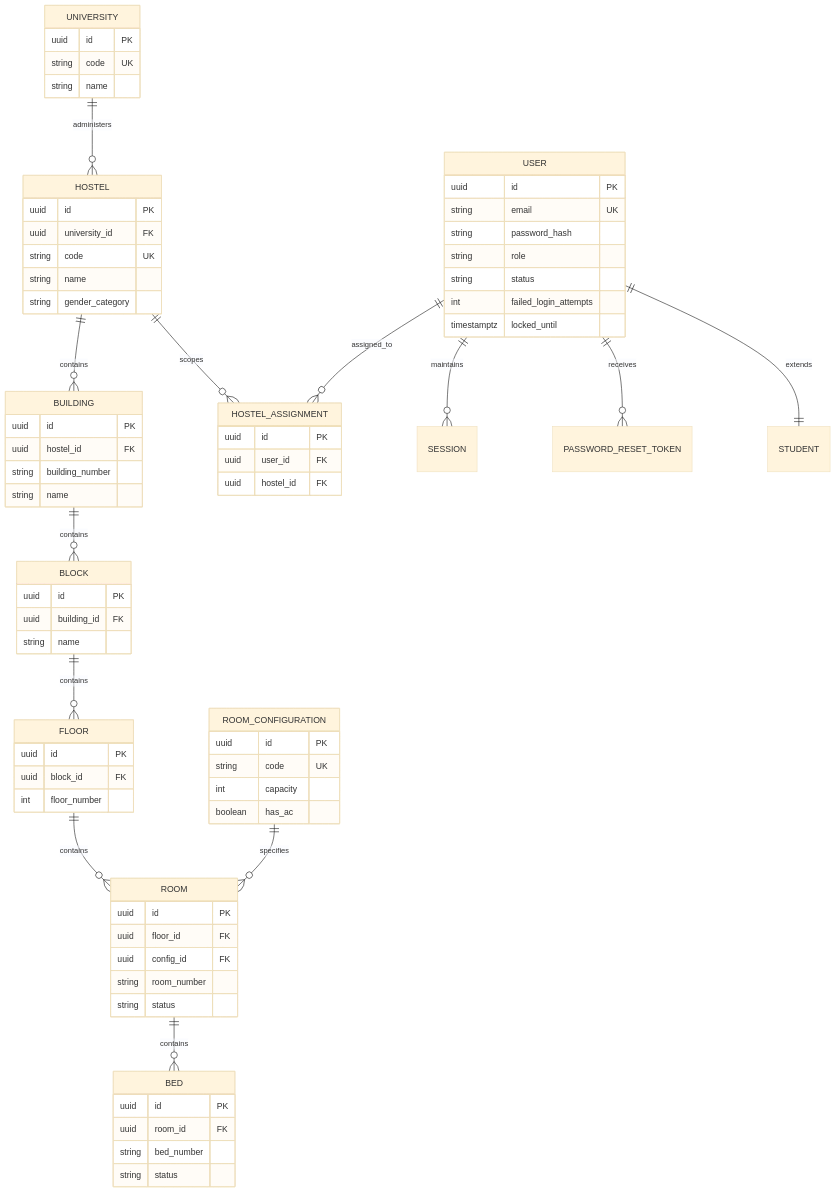
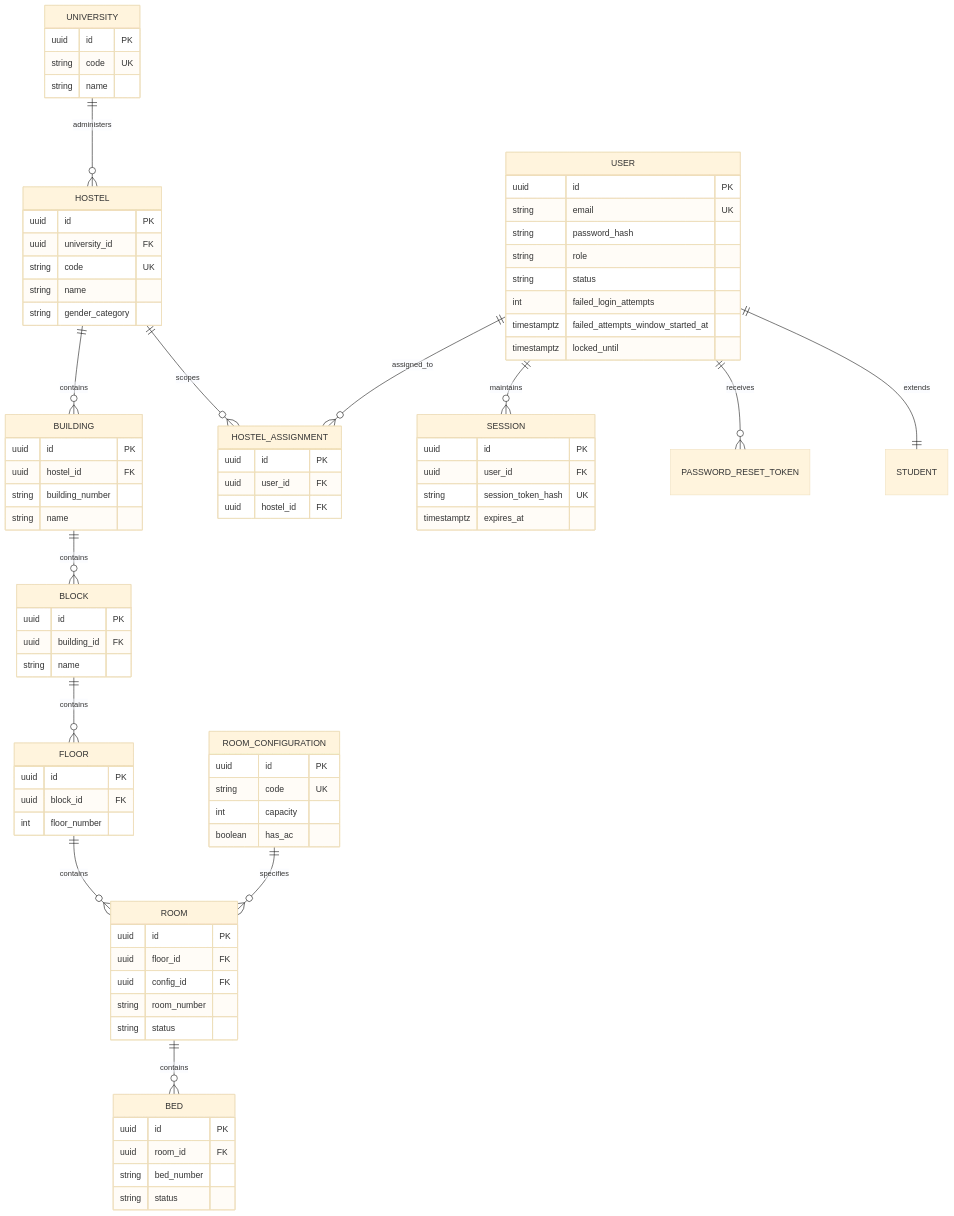
The first of 6 diagrams in docs/07-database-design.md (Sayam09das/Nestora), drawn with Mermaid (base theme) before and after one commit. The commit also changed other lines of this file and 6 other files, not shown here.

Commit message:
docs: finalize monorepo architecture and synchronize documentation suite

````diff
--- a/docs/07-database-design.md
+++ b/docs/07-database-design.md
@@ -1090,6 +1092,7 @@
     string role
     string status
     int failed_login_attempts
+    timestamptz failed_attempts_window_started_at
     timestamptz locked_until
   }
   HOSTEL_ASSIGNMENT {
@@ -1097,4 +1100,10 @@
     uuid user_id FK
     uuid hostel_id FK
   }
+  SESSION {
+    uuid id PK
+    uuid user_id FK
+    string session_token_hash UK
+    timestamptz expires_at
+  }
 ```
````
